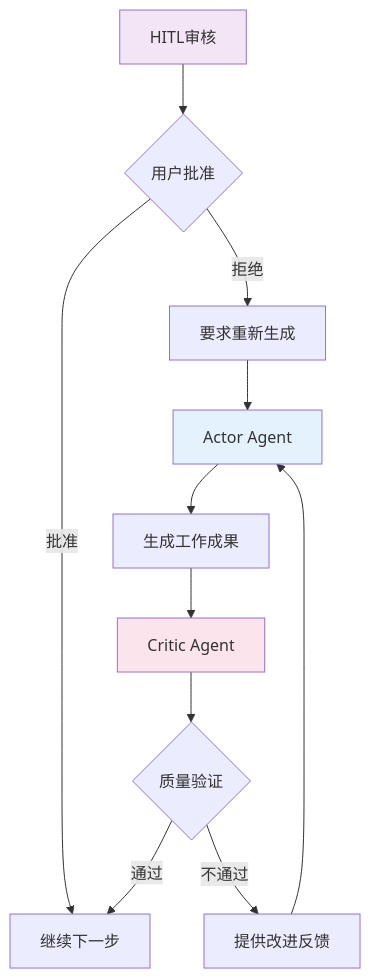
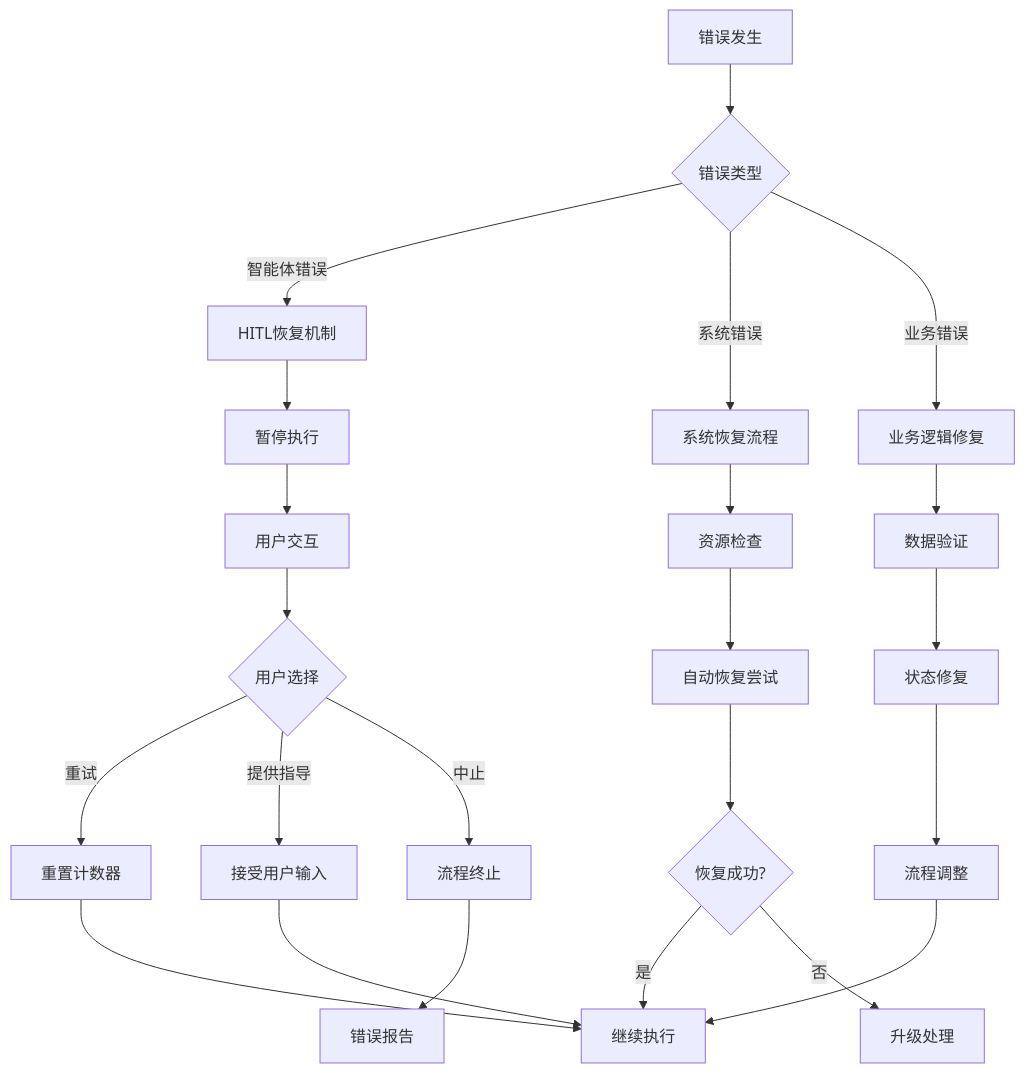
Before and after one commit to sopaco/cowork-forge: the seventh of 9 diagrams in litho.docs/zh/3、工作流程.md, drawn with Mermaid. The commit also changed other lines of this file and 26 other files, not shown here.

````diff
--- a/litho.docs/zh/3、工作流程.md
+++ b/litho.docs/zh/3、工作流程.md
@@ -240,18 +370,29 @@
 ```mermaid
 graph TB
-    A[Actor Agent] --> B[生成工作成果]
-    B --> C[Critic Agent]
-    C --> D{质量验证}
-    D -->|通过| E[继续下一步]
-    D -->|不通过| F[提供改进反馈]
-    F --> A
+    A[错误发生] --> B{错误类型}
+    B -->|智能体错误| C[HITL恢复机制]
+    B -->|系统错误| D[系统恢复流程]
+    B -->|业务错误| E[业务逻辑修复]
     
-    G[HITL审核] --> H{用户批准}
-    H -->|批准| E
-    H -->|拒绝| I[要求重新生成]
-    I --> A
+    C --> C1[暂停执行]
+    C1 --> C2[用户交互]
+    C2 --> C3{用户选择}
+    C3 -->|重试| C4[重置计数器]
+    C3 -->|提供指导| C5[接受用户输入]
+    C3 -->|中止| C6[流程终止]
     
-    style A fill:#e3f2fd
-    style C fill:#fce4ec
-    style G fill:#f3e5f5
+    C4 --> C7[继续执行]
+    C5 --> C7
+    C6 --> C8[错误报告]
+    
+    D --> D1[资源检查]
+    D1 --> D2[自动恢复尝试]
+    D2 --> D3{恢复成功?}
+    D3 -->|是| C7
+    D3 -->|否| D4[升级处理]
+    
+    E --> E1[数据验证]
+    E1 --> E2[状态修复]
+    E2 --> E3[流程调整]
+    E3 --> C7
 ```
````
